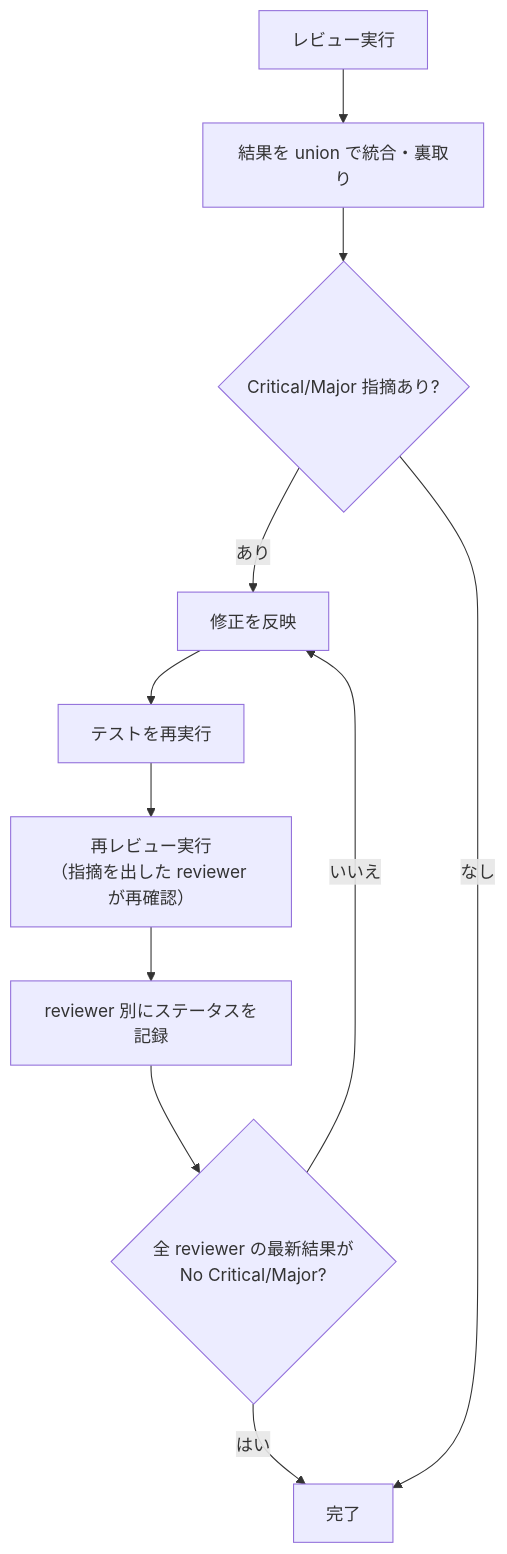
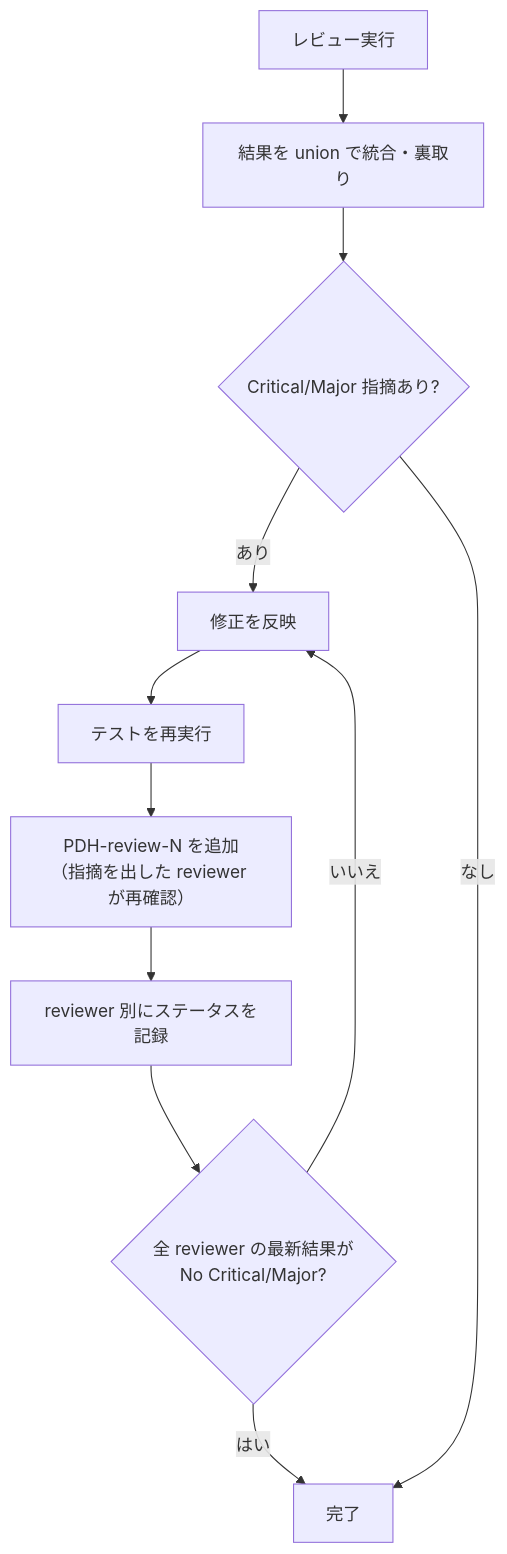
The diagram in skills/pdh-dev/_review.md (masuidrive/pdh), drawn with Mermaid before and after one commit. The commit also changed other lines of this file and 17 other files, not shown here.

Commit message:
Update PDH stage flow and review tooling

````diff
--- a/skills/pdh-dev/_review.md
+++ b/skills/pdh-dev/_review.md
@@ -7,13 +7,13 @@
 ```mermaid
 flowchart TD
     RA["レビュー実行"] --> RB["結果を union で統合・裏取り"]
     RB --> RC{"Critical/Major 指摘あり?"}
     RC -- "あり" --> RD["修正を反映"]
     RD --> RE["テストを再実行"]
-    RE --> RF["再レビュー実行<br/>（指摘を出した reviewer が再確認）"]
+    RE --> RF["PDH-review-N を追加<br/>（指摘を出した reviewer が再確認）"]
     RF --> RG["reviewer 別にステータスを記録"]
     RG --> RH{"全 reviewer の最新結果が<br/>No Critical/Major?"}
     RH -- "いいえ" --> RD
     RH -- "はい" --> RI["完了"]
     RC -- "なし" --> RI
 ```
````
